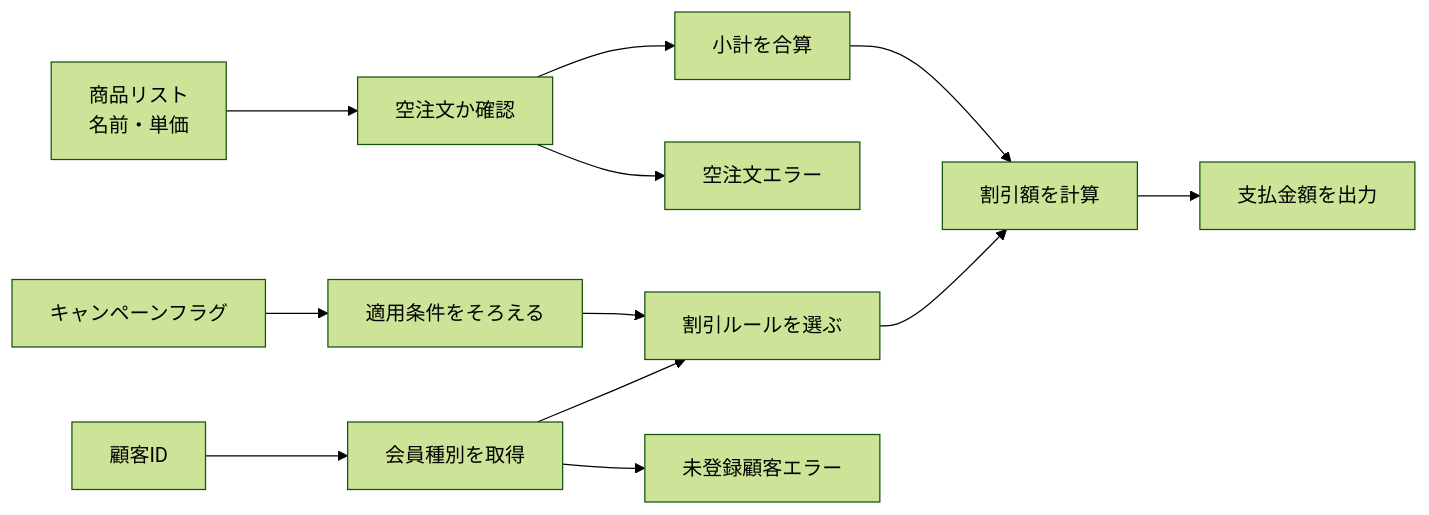
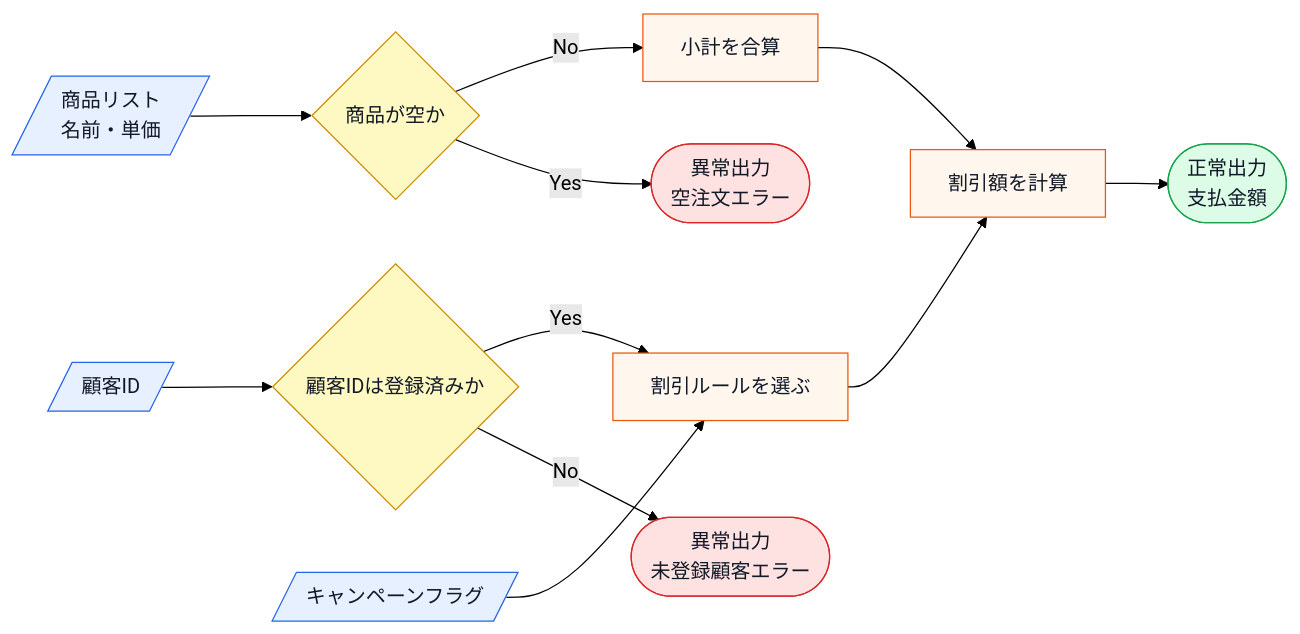
Before and after one commit to kumachan1101-pixel/DesignPattern: the first of 6 diagrams in kindle/design-patterns/output/chapter01.md, drawn with Mermaid (forest theme). The commit also changed 15 other files, not shown here.

Commit message:
fix: 仕様図の入出力と分岐を明確化

````diff
--- a/kindle/design-patterns/output/chapter01.md
+++ b/kindle/design-patterns/output/chapter01.md
@@ -34,14 +34,19 @@
 ```mermaid
 flowchart LR
-    A["商品リスト<br>名前・単価"] --> B["空注文か確認"]
-    C["顧客ID"] --> D["会員種別を取得"]
-    E["キャンペーンフラグ"] --> F["適用条件をそろえる"]
-    B --> G["小計を合算"]
-    D --> H["割引ルールを選ぶ"]
-    F --> H
-    G --> I["割引額を計算"]
+    A[/商品リスト<br>名前・単価/]:::input --> B{商品が空か}:::decision
+    C[/顧客ID/]:::input --> D{顧客IDは登録済みか}:::decision
+    E[/キャンペーンフラグ/]:::input --> H[割引ルールを選ぶ]:::process
+    B -->|No| G[小計を合算]:::process
+    D -->|Yes| H
+    G --> I[割引額を計算]:::process
     H --> I
-    I --> J["支払金額を出力"]
-    B --> K["空注文エラー"]
-    D --> L["未登録顧客エラー"]
+    I --> J([正常出力<br>支払金額]):::normal
+    B -->|Yes| K([異常出力<br>空注文エラー]):::error
+    D -->|No| L([異常出力<br>未登録顧客エラー]):::error
+
+    classDef input fill:#e7f0ff,stroke:#2563eb,color:#111827;
+    classDef process fill:#fff7ed,stroke:#ea580c,color:#111827;
+    classDef decision fill:#fef9c3,stroke:#ca8a04,color:#111827;
+    classDef normal fill:#dcfce7,stroke:#16a34a,color:#111827;
+    classDef error fill:#fee2e2,stroke:#dc2626,color:#111827;
 ```
````
